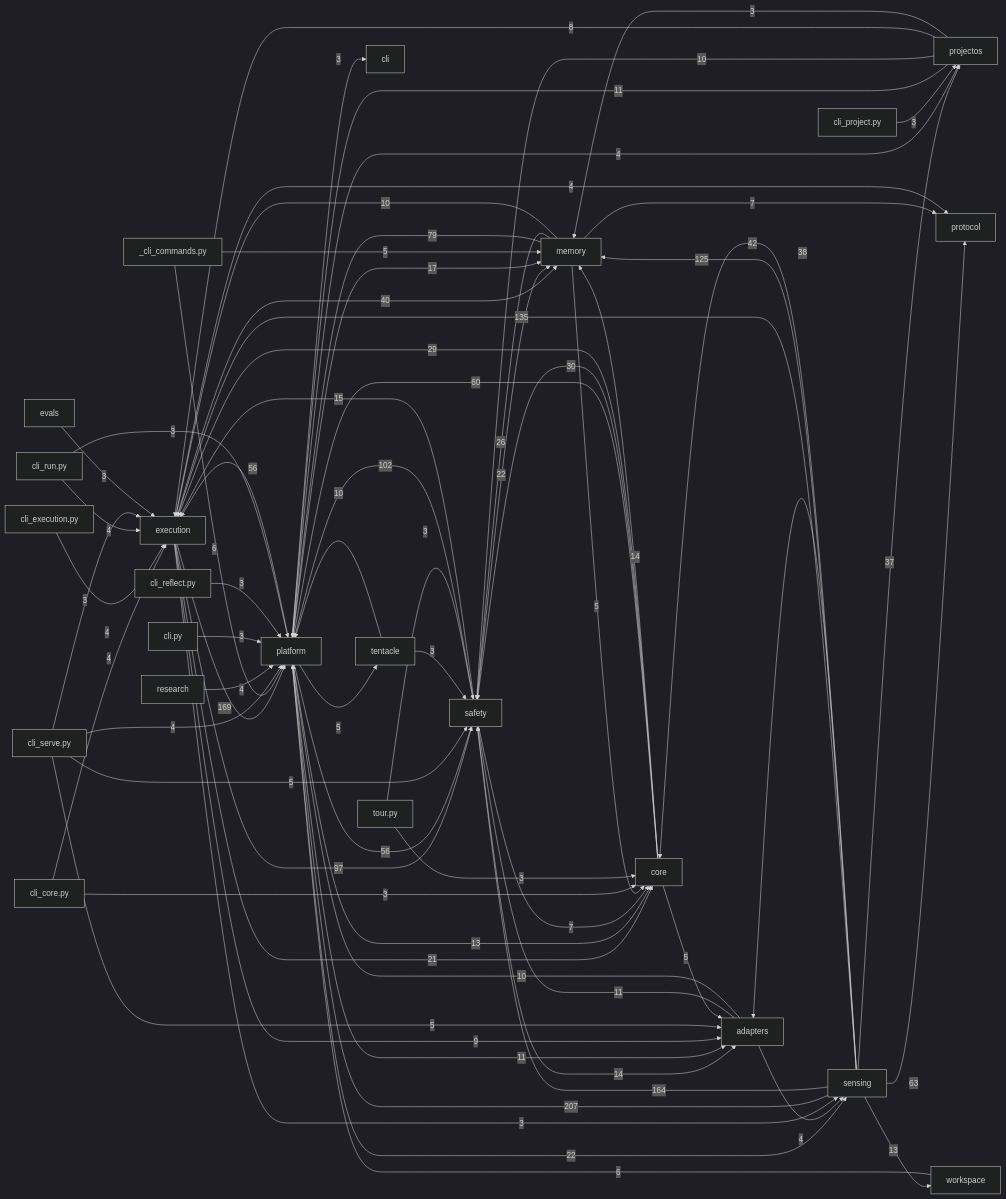
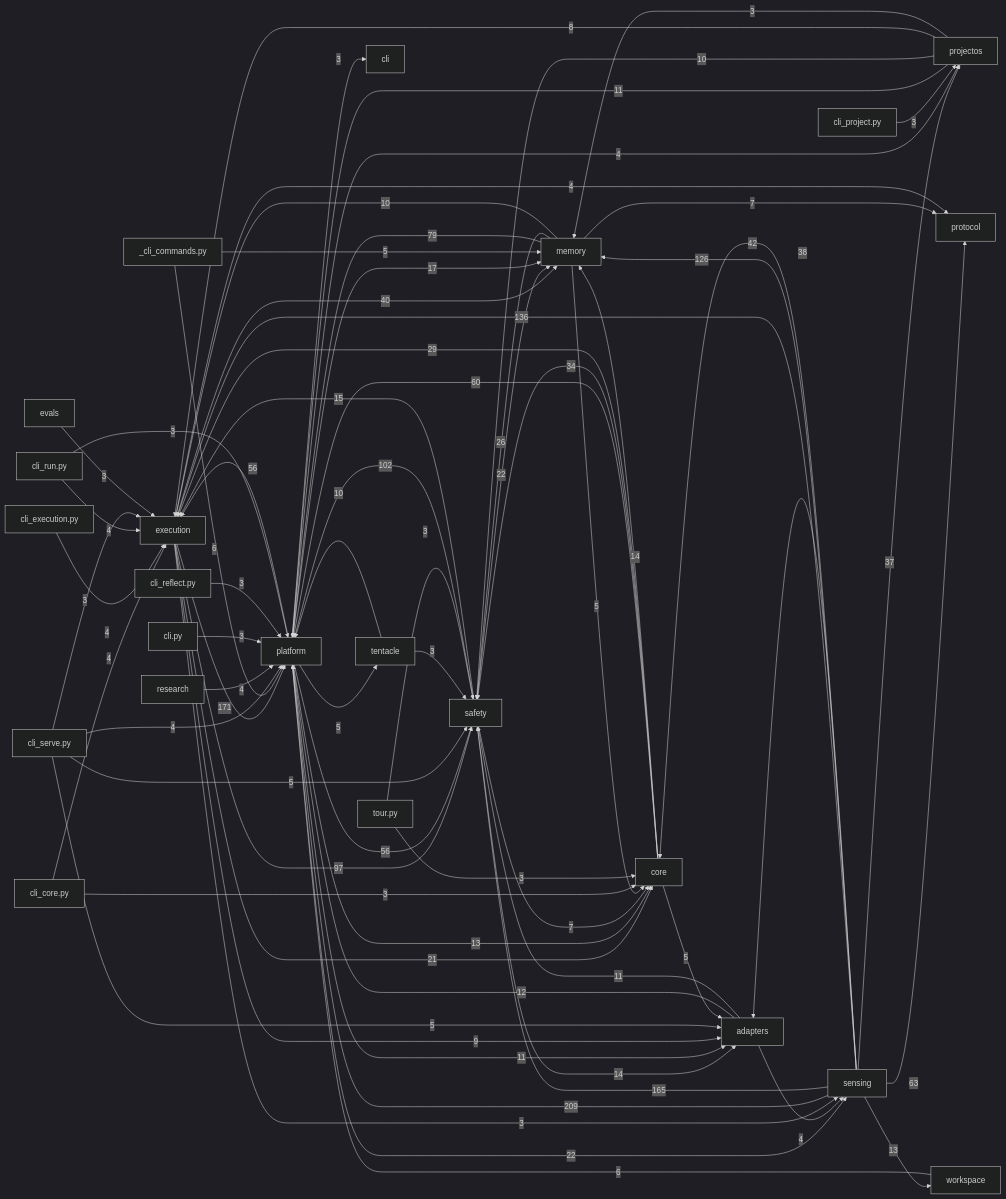
One commit to dengdenghua/echo-ai changed the diagram in docs/auto/20-backend/index.md. Above: the diagram before and after it, drawn with Mermaid (dark theme). The commit also changed 200 other files, not shown here.

````diff
--- a/docs/auto/20-backend/index.md
+++ b/docs/auto/20-backend/index.md
@@ -26,78 +26,78 @@
 ```mermaid
 graph LR
   execution[execution]
   core[core]
   safety[safety]
   memory[memory]
   sensing[sensing]
   adapters[adapters]
   platform[platform]
-  sensing -- 207 --> platform
-  execution -- 169 --> platform
-  sensing -- 164 --> safety
-  sensing -- 135 --> execution
-  sensing -- 125 --> memory
+  sensing -- 209 --> platform
+  execution -- 171 --> platform
+  sensing -- 165 --> safety
+  sensing -- 136 --> execution
+  sensing -- 126 --> memory
   safety -- 102 --> platform
   execution -- 97 --> safety
   memory -- 79 --> platform
   sensing -- 63 --> protocol
   core -- 60 --> platform
   platform -- 56 --> execution
   platform -- 56 --> safety
   sensing -- 42 --> core
   execution -- 40 --> memory
   sensing -- 38 --> adapters
   sensing -- 37 --> projectos
-  core -- 30 --> safety
+  core -- 34 --> safety
   core -- 29 --> execution
   memory -- 26 --> safety
   platform -- 22 --> sensing
   safety -- 22 --> memory
   execution -- 21 --> core
   platform -- 17 --> memory
   safety -- 15 --> execution
   core -- 14 --> memory
   safety -- 14 --> adapters
   platform -- 13 --> core
   sensing -- 13 --> workspace
+  adapters -- 12 --> platform
   adapters -- 11 --> safety
   platform -- 11 --> adapters
   projectos -- 11 --> platform
-  adapters -- 10 --> platform
   memory -- 10 --> execution
   projectos -- 10 --> safety
   tentacle -- 10 --> platform
   execution -- 9 --> adapters
   projectos -- 8 --> execution
   memory -- 7 --> protocol
   safety -- 7 --> core
   _cli_commands.py -- 6 --> platform
   workspace -- 6 --> platform
   _cli_commands.py -- 5 --> memory
   cli_serve.py -- 5 --> adapters
   cli_serve.py -- 5 --> safety
   core -- 5 --> adapters
   memory -- 5 --> core
   platform -- 5 --> tentacle
   adapters -- 4 --> sensing
   cli_core.py -- 4 --> execution
   cli_execution.py -- 4 --> execution
   cli_run.py -- 4 --> execution
   cli_serve.py -- 4 --> platform
   execution -- 4 --> protocol
   platform -- 4 --> projectos
   research -- 4 --> platform
   cli.py -- 3 --> platform
   cli_core.py -- 3 --> core
   cli_project.py -- 3 --> projectos
   cli_reflect.py -- 3 --> platform
   cli_run.py -- 3 --> platform
   cli_serve.py -- 3 --> execution
   evals -- 3 --> execution
   execution -- 3 --> sensing
   platform -- 3 --> cli
   projectos -- 3 --> memory
   tentacle -- 3 --> safety
   tour.py -- 3 --> core
   tour.py -- 3 --> safety
 ```
````
